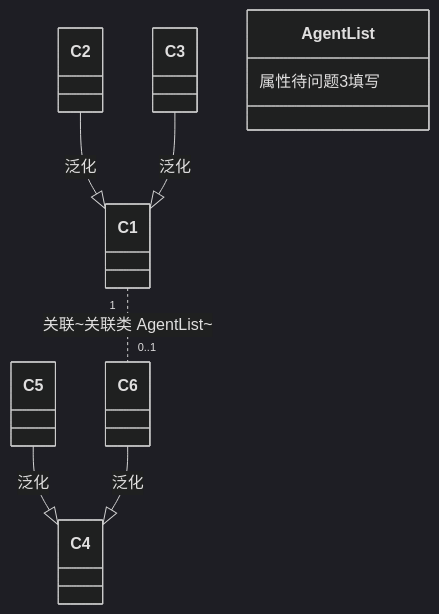
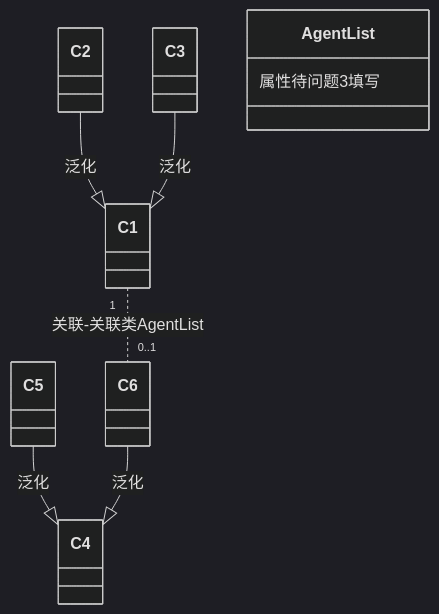
Before and after one commit to LBStruggleee/RuanKao: the third of 4 diagrams in docs/practice/subject2/dfd-uml-exercises.md, drawn with Mermaid (dark theme). The commit also changed other lines of this file and 2 other files, not shown here.

Commit message:
day-27: DFD与UML答题模板notes + 修复图形复原的答案泄露（E/D编号脱敏）

````diff
--- a/docs/practice/subject2/dfd-uml-exercises.md
+++ b/docs/practice/subject2/dfd-uml-exercises.md
@@ -451,11 +498,11 @@
 ```mermaid
 classDiagram
     C2 --|> C1 : 泛化
     C3 --|> C1 : 泛化
     C5 --|> C4 : 泛化
     C6 --|> C4 : 泛化
-    C1 "1" .. "0..1" C6 : 关联~关联类 AgentList~
+    C1 "1" .. "0..1" C6 : 关联-关联类AgentList
     class AgentList {
         属性待问题3填写
     }
 ```
````
